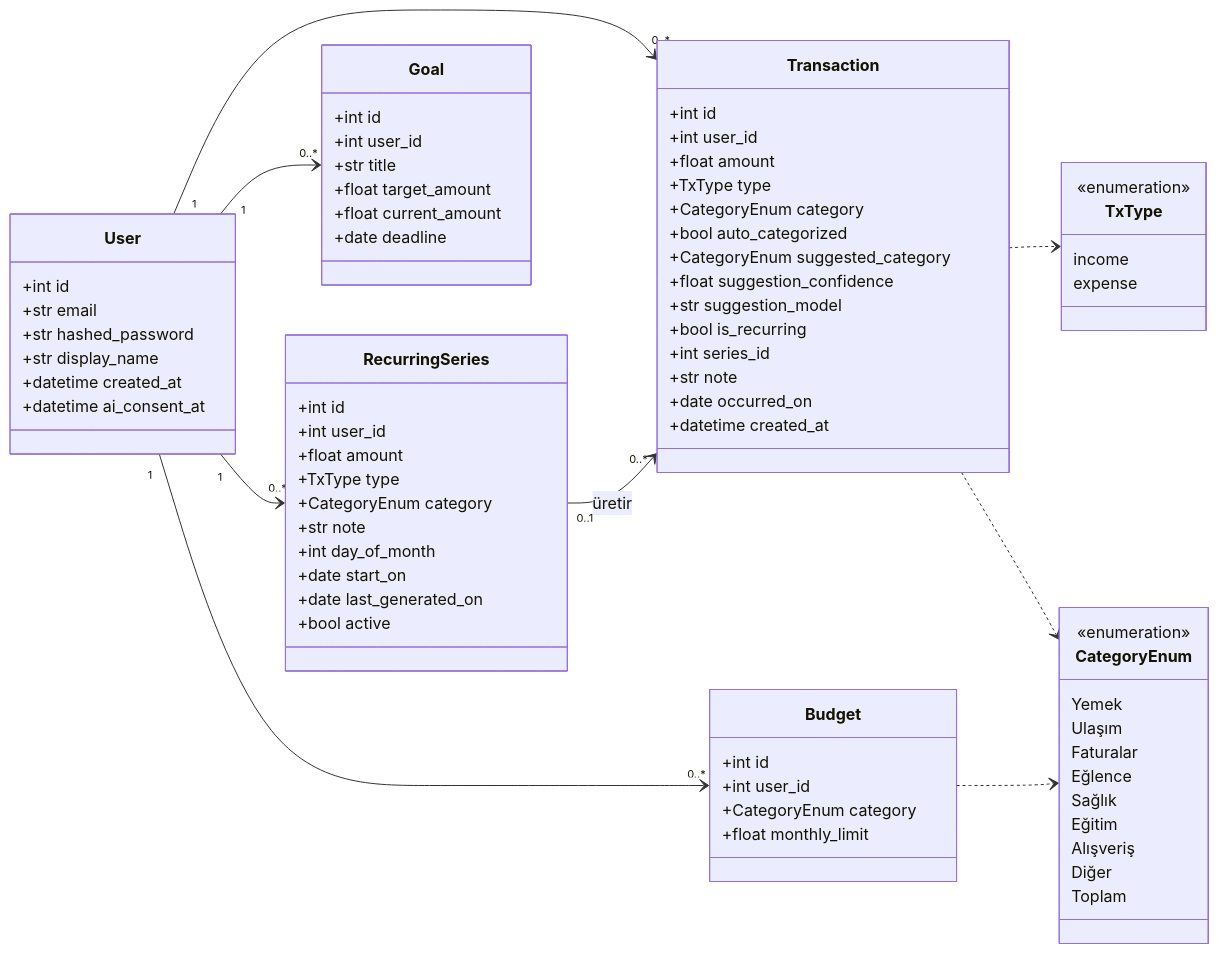
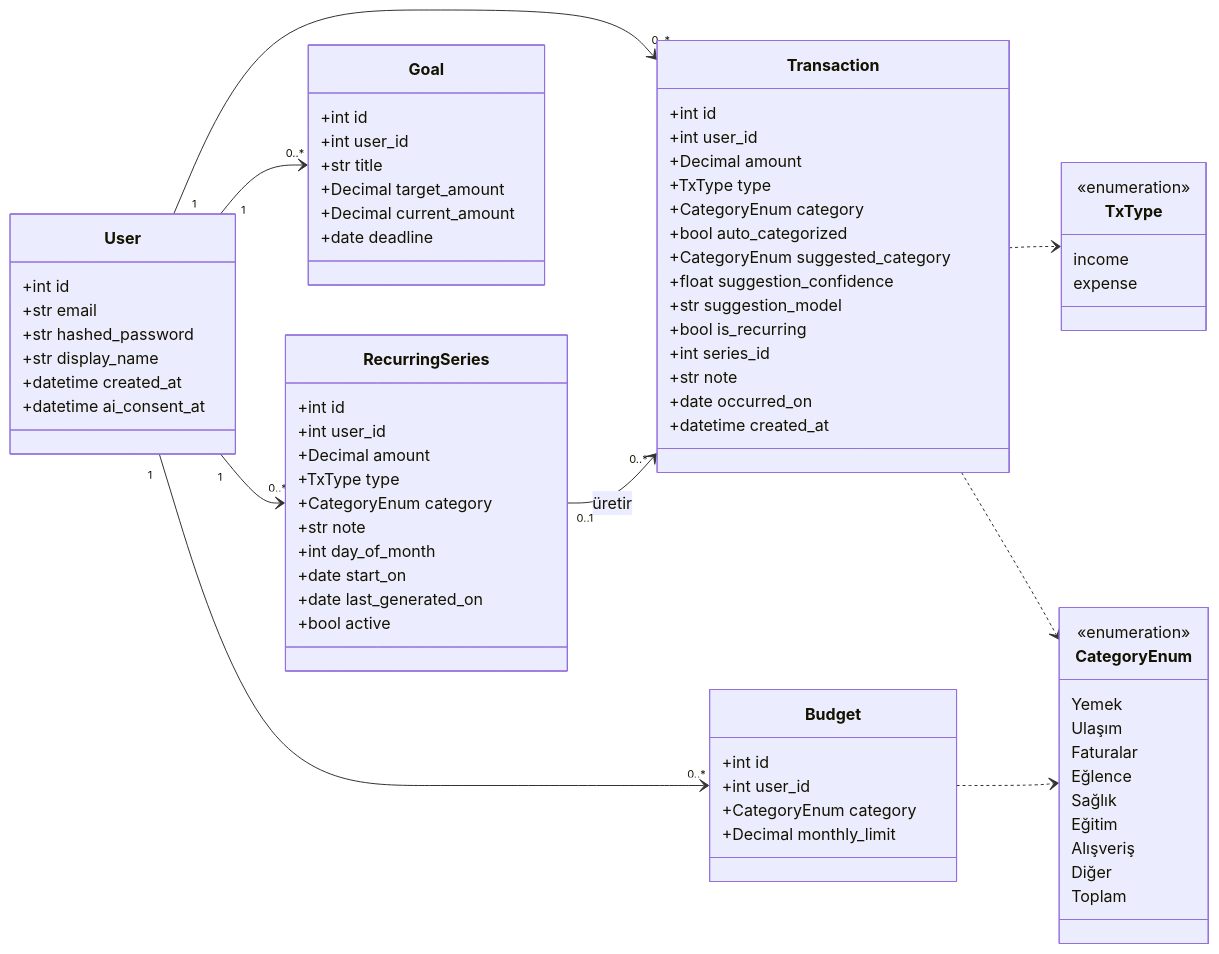
The second of 11 diagrams in docs/uml.md (themlie/expenza), drawn with Mermaid before and after one commit. The commit also changed 13 other files, not shown here.

````diff
--- a/docs/uml.md
+++ b/docs/uml.md
@@ -68,80 +68,80 @@
 ```mermaid
 classDiagram
     direction LR
     class User {
         +int id
         +str email
         +str hashed_password
         +str display_name
         +datetime created_at
         +datetime ai_consent_at
     }
     class Transaction {
         +int id
         +int user_id
-        +float amount
+        +Decimal amount
         +TxType type
         +CategoryEnum category
         +bool auto_categorized
         +CategoryEnum suggested_category
         +float suggestion_confidence
         +str suggestion_model
         +bool is_recurring
         +int series_id
         +str note
         +date occurred_on
         +datetime created_at
     }
     class RecurringSeries {
         +int id
         +int user_id
-        +float amount
+        +Decimal amount
         +TxType type
         +CategoryEnum category
         +str note
         +int day_of_month
         +date start_on
         +date last_generated_on
         +bool active
     }
     class Budget {
         +int id
         +int user_id
         +CategoryEnum category
-        +float monthly_limit
+        +Decimal monthly_limit
     }
     class Goal {
         +int id
         +int user_id
         +str title
-        +float target_amount
-        +float current_amount
+        +Decimal target_amount
+        +Decimal current_amount
         +date deadline
     }
     class TxType {
         <<enumeration>>
         income
         expense
     }
     class CategoryEnum {
         <<enumeration>>
         Yemek
         Ulaşım
         Faturalar
         Eğlence
         Sağlık
         Eğitim
         Alışveriş
         Diğer
         Toplam
     }
 
     User "1" --> "0..*" Transaction
     User "1" --> "0..*" RecurringSeries
     User "1" --> "0..*" Budget
     User "1" --> "0..*" Goal
     RecurringSeries "0..1" --> "0..*" Transaction : üretir
     Transaction ..> TxType
     Transaction ..> CategoryEnum
     Budget ..> CategoryEnum
 ```
````
